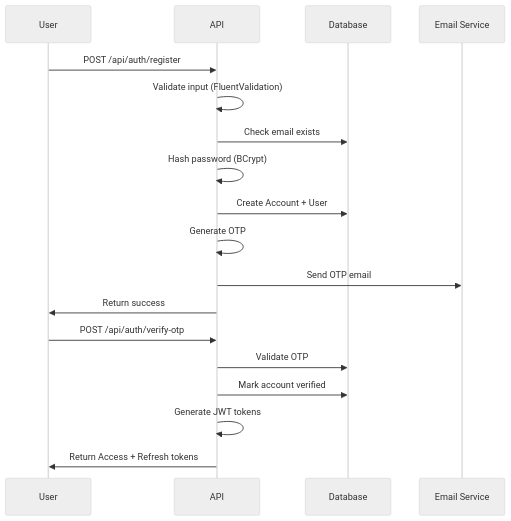
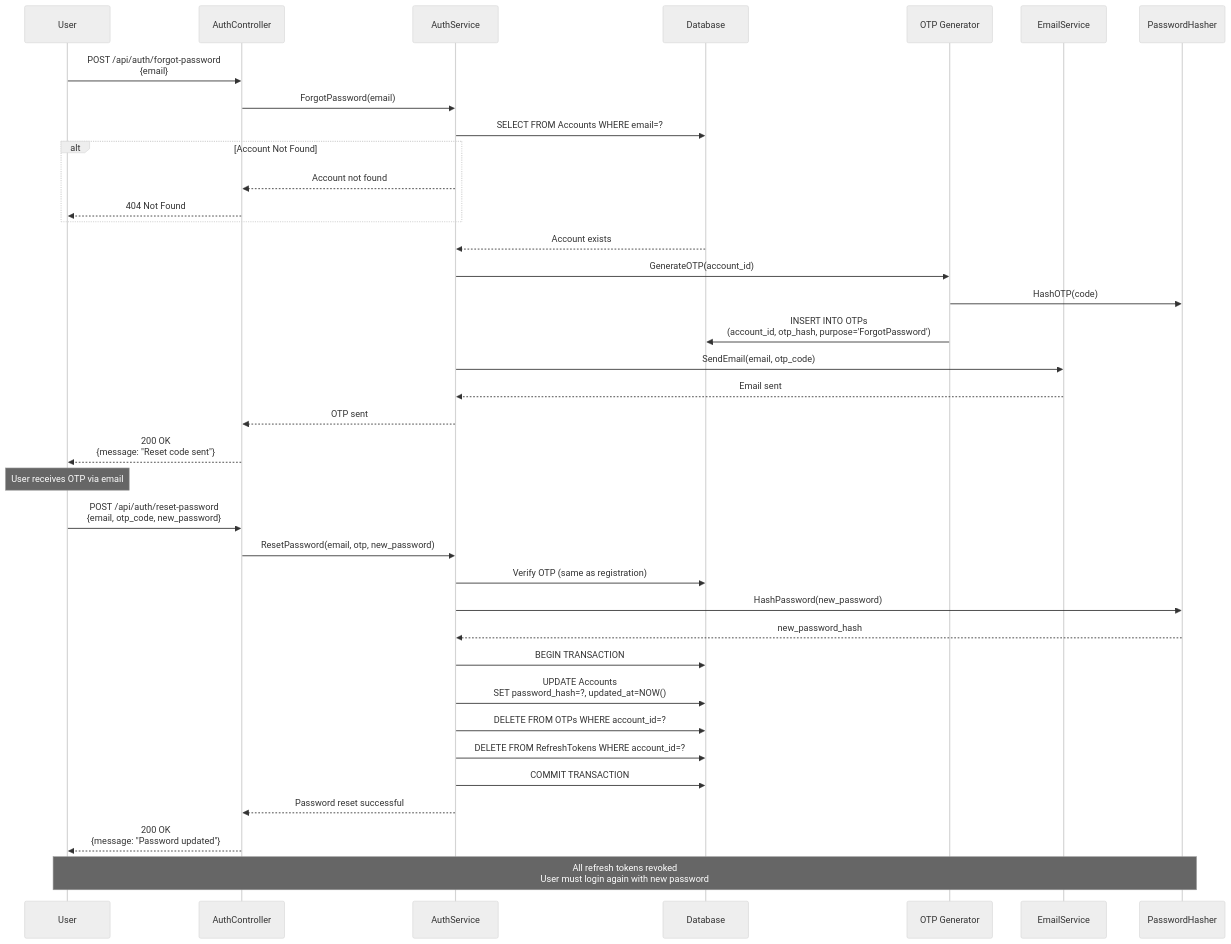
One commit to TranHoang2k40525/UngDungMangXaHoi changed the eighth of 49 diagrams in README.md. Above: the diagram before and after it, drawn with Mermaid (neutral theme). The commit also changed other lines of this file, not shown here.

Commit message:
Implement feature X to enhance user experience and optimize performance

````diff
--- a/README.md
+++ b/README.md
@@ -999,22 +1468,52 @@
 ```mermaid
 sequenceDiagram
     participant U as User
-    participant A as API
+    participant API as AuthController
+    participant S as AuthService
     participant DB as Database
-    participant E as Email Service
+    participant OTP as OTP Generator
+    participant E as EmailService
+    participant H as PasswordHasher
     
-    U->>A: POST /api/auth/register
-    A->>A: Validate input (FluentValidation)
-    A->>DB: Check email exists
-    A->>A: Hash password (BCrypt)
-    A->>DB: Create Account + User
-    A->>A: Generate OTP
-    A->>E: Send OTP email
-    A->>U: Return success
+    U->>API: POST /api/auth/forgot-password<br/>{email}
+    API->>S: ForgotPassword(email)
     
-    U->>A: POST /api/auth/verify-otp
-    A->>DB: Validate OTP
-    A->>DB: Mark account verified
-    A->>A: Generate JWT tokens
-    A->>U: Return Access + Refresh tokens
+    S->>DB: SELECT FROM Accounts WHERE email=?
+    
+    alt Account Not Found
+        S-->>API: Account not found
+        API-->>U: 404 Not Found
+    end
+    
+    DB-->>S: Account exists
+    
+    S->>OTP: GenerateOTP(account_id)
+    OTP->>H: HashOTP(code)
+    OTP->>DB: INSERT INTO OTPs<br/>(account_id, otp_hash, purpose='ForgotPassword')
+    
+    S->>E: SendEmail(email, otp_code)
+    E-->>S: Email sent
+    
+    S-->>API: OTP sent
+    API-->>U: 200 OK<br/>{message: "Reset code sent"}
+    
+    Note over U: User receives OTP via email
+    
+    U->>API: POST /api/auth/reset-password<br/>{email, otp_code, new_password}
+    API->>S: ResetPassword(email, otp, new_password)
+    
+    S->>DB: Verify OTP (same as registration)
+    S->>H: HashPassword(new_password)
+    H-->>S: new_password_hash
+    
+    S->>DB: BEGIN TRANSACTION
+    S->>DB: UPDATE Accounts<br/>SET password_hash=?, updated_at=NOW()
+    S->>DB: DELETE FROM OTPs WHERE account_id=?
+    S->>DB: DELETE FROM RefreshTokens WHERE account_id=?
+    S->>DB: COMMIT TRANSACTION
+    
+    S-->>API: Password reset successful
+    API-->>U: 200 OK<br/>{message: "Password updated"}
+    
+    Note over U,H: All refresh tokens revoked<br/>User must login again with new password
 ```
````
